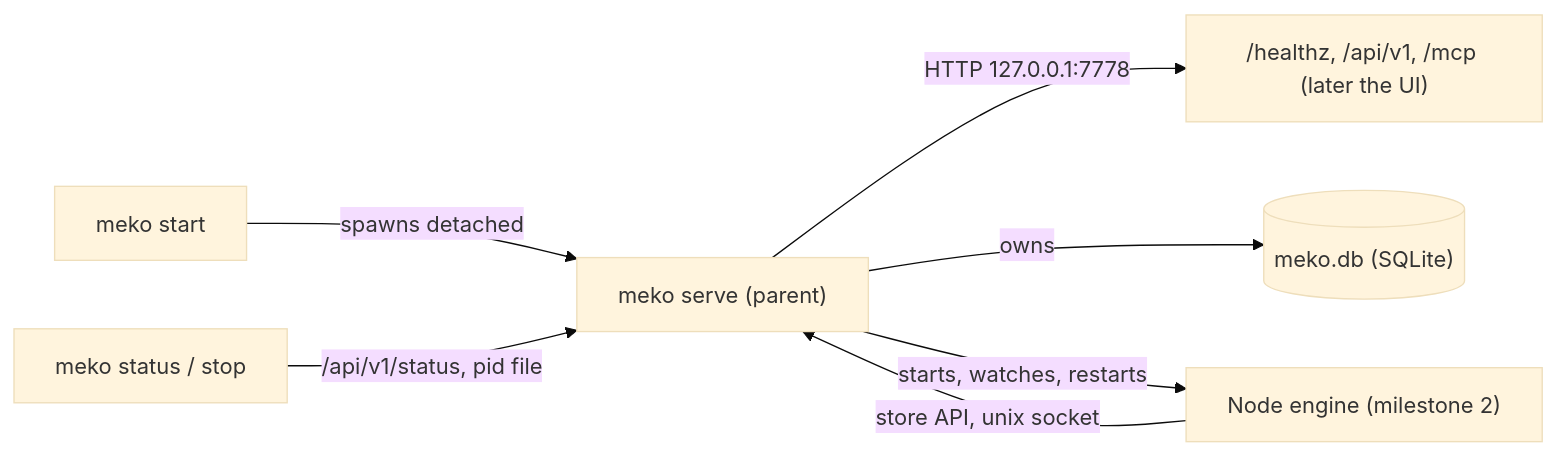
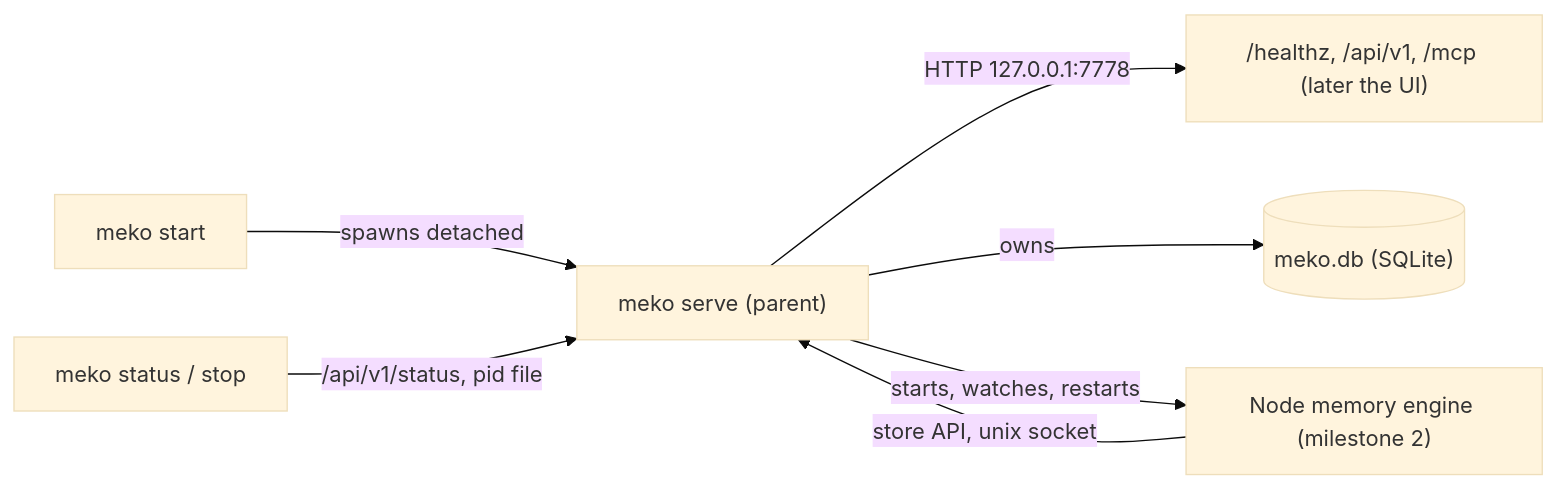
One commit to yugabyte/meko changed the diagram in backend/docs/design.md. Above: the diagram before and after it, drawn with Mermaid (base theme). The commit also changed other lines of this file and 67 other files, not shown here.

First line of the commit message:
chore(meko): rename the engine to the memory engine

````diff
--- a/backend/docs/design.md
+++ b/backend/docs/design.md
@@ -68,9 +68,9 @@
 ```mermaid
 flowchart LR
   cli["meko start"] -->|spawns detached| serve["meko serve (parent)"]
   serve -->|"HTTP 127.0.0.1:7778"| api["/healthz, /api/v1, /mcp (later the UI)"]
   serve -->|"owns"| db[("meko.db (SQLite)")]
-  serve -->|"starts, watches, restarts"| engine["Node engine (milestone 2)"]
-  engine -->|"store API, unix socket"| serve
+  serve -->|"starts, watches, restarts"| memory_engine["Node memory engine (milestone 2)"]
+  memory_engine -->|"store API, unix socket"| serve
   status["meko status / stop"] -->|"/api/v1/status, pid file"| serve
 ```
````
